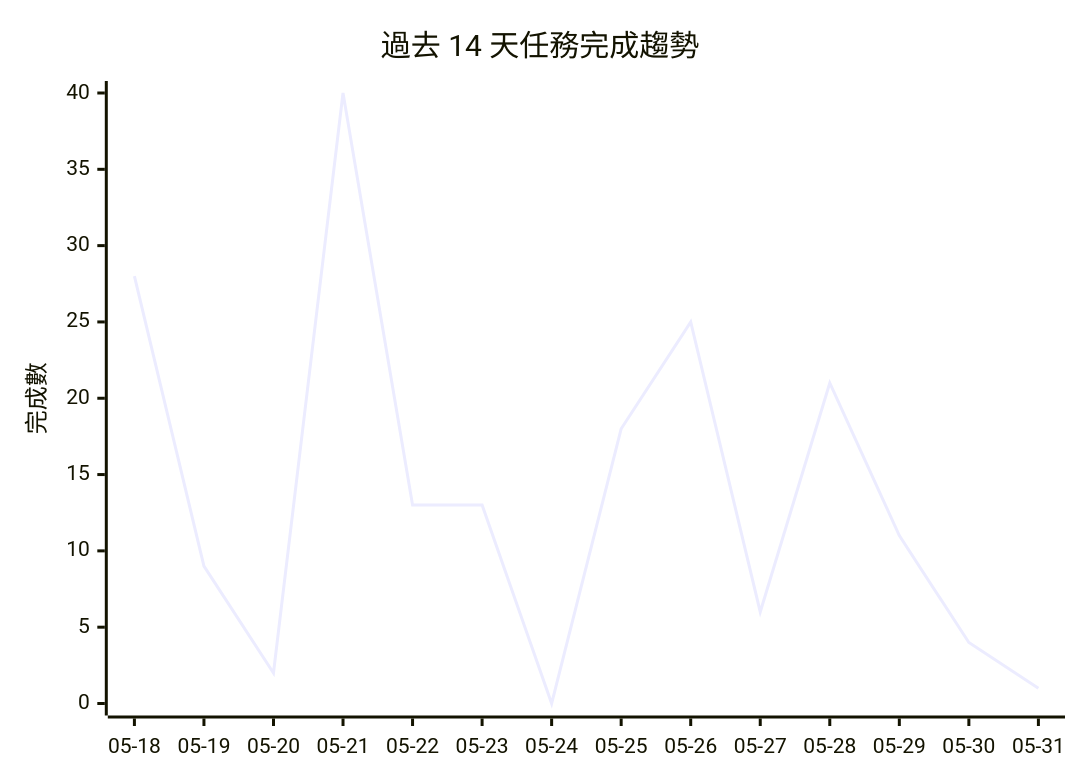
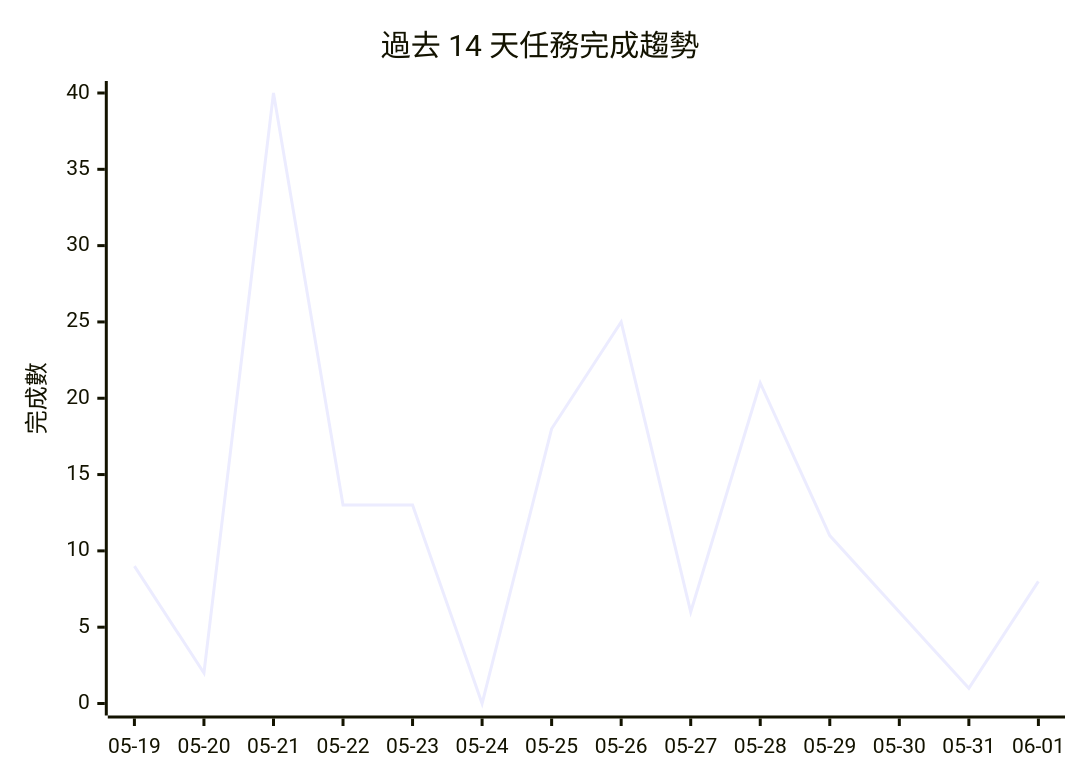
One commit to openclawchen8-lgtm/openclawchen8-lgtm changed the diagram in README.md. Above: the diagram before and after it, drawn with Mermaid. The commit also changed other lines of this file, not shown here.

````diff
--- a/README.md
+++ b/README.md
@@ -163,7 +151,7 @@
 ```mermaid
 xychart-beta
     title "過去 14 天任務完成趨勢"
-    x-axis ["05-18", "05-19", "05-20", "05-21", "05-22", "05-23", "05-24", "05-25", "05-26", "05-27", "05-28", "05-29", "05-30", "05-31"]
+    x-axis ["05-19", "05-20", "05-21", "05-22", "05-23", "05-24", "05-25", "05-26", "05-27", "05-28", "05-29", "05-30", "05-31", "06-01"]
     y-axis "完成數" 0 --> 40
-    line [28, 9, 2, 40, 13, 13, 0, 18, 25, 6, 21, 11, 4, 1]
+    line [9, 2, 40, 13, 13, 0, 18, 25, 6, 21, 11, 6, 1, 8]
 ```
````
